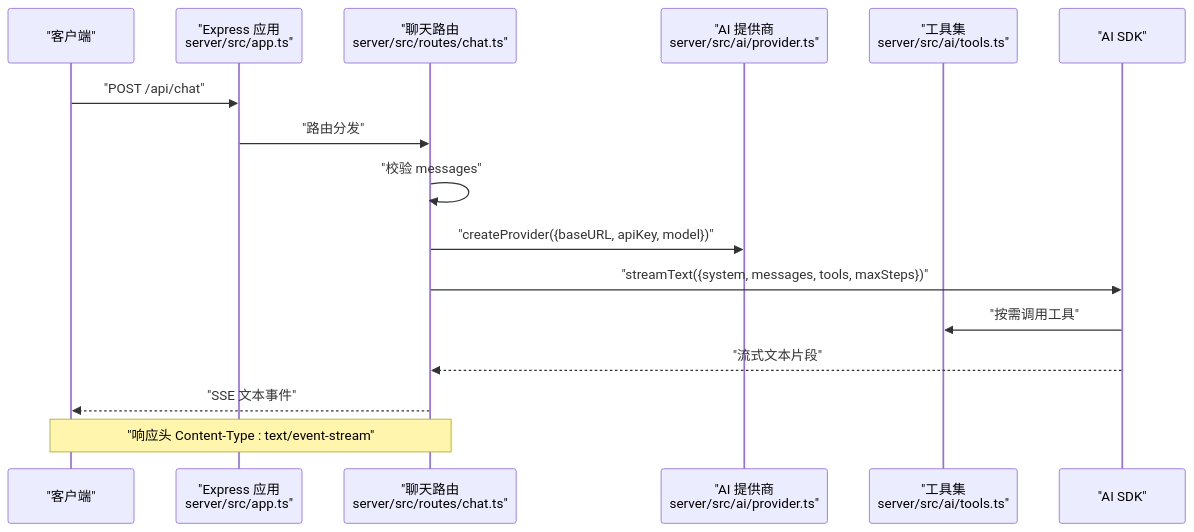
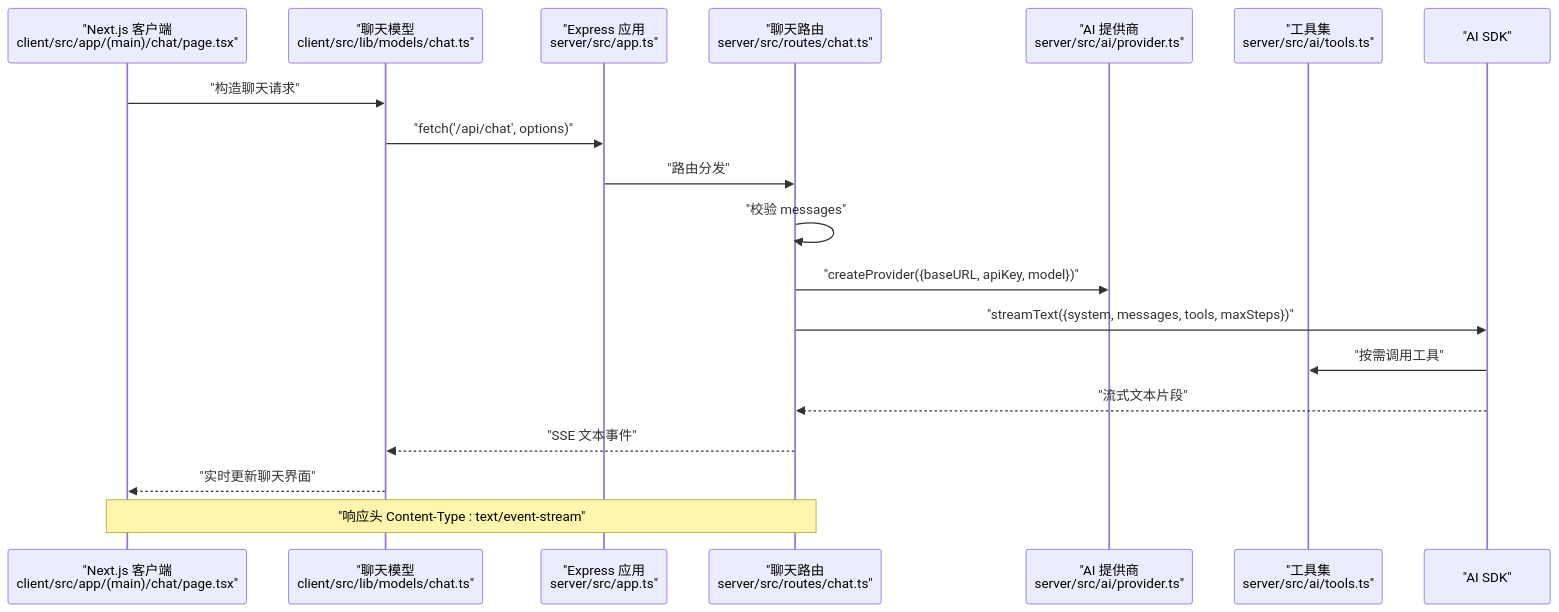
One commit to aHin0805/FH6CarSettingAgent changed the second of 5 diagrams in .qoder/repowiki/zh/content/API参考文档/聊天接口.md. Above: the diagram before and after it, drawn with Mermaid. The commit also changed other lines of this file and 12 other files, not shown here.

````diff
--- a/.qoder/repowiki/zh/content/API参考文档/聊天接口.md
+++ b/.qoder/repowiki/zh/content/API参考文档/聊天接口.md
@@ -79,18 +104,21 @@
 ```mermaid
 sequenceDiagram
-participant Client as "客户端"
+participant Client as "Next.js 客户端<br/>client/src/app/(main)/chat/page.tsx"
+participant Model as "聊天模型<br/>client/src/lib/models/chat.ts"
 participant App as "Express 应用<br/>server/src/app.ts"
 participant Route as "聊天路由<br/>server/src/routes/chat.ts"
 participant Provider as "AI 提供商<br/>server/src/ai/provider.ts"
 participant Tools as "工具集<br/>server/src/ai/tools.ts"
 participant AI as "AI SDK"
-Client->>App : "POST /api/chat"
+Client->>Model : "构造聊天请求"
+Model->>App : "fetch('/api/chat', options)"
 App->>Route : "路由分发"
 Route->>Route : "校验 messages"
 Route->>Provider : "createProvider({baseURL, apiKey, model})"
 Route->>AI : "streamText({system, messages, tools, maxSteps})"
 AI->>Tools : "按需调用工具"
 AI-->>Route : "流式文本片段"
-Route-->>Client : "SSE 文本事件"
+Route-->>Model : "SSE 文本事件"
+Model-->>Client : "实时更新聊天界面"
 Note over Route,Client : "响应头 Content-Type : text/event-stream"
 ```
````
